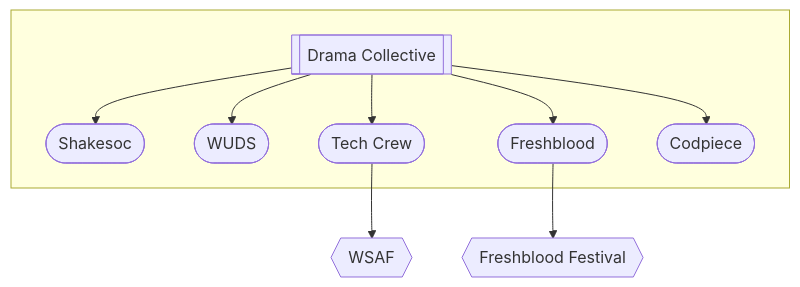
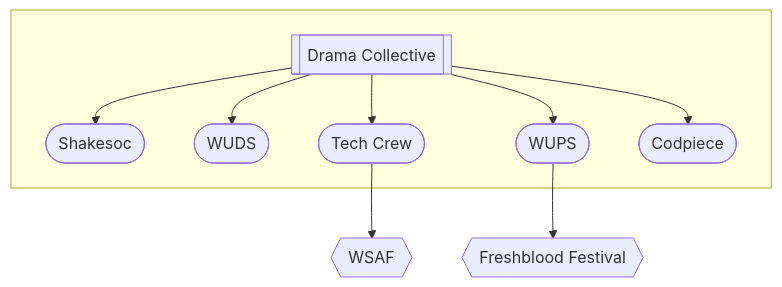
One commit to WarwickTechCrew/tc-website-wiki changed the diagram in wiki/02-warwick-drama/01-drama-collective/index.md. Above: the diagram before and after it, drawn with Mermaid. The commit also changed other lines of this file, not shown here.

````diff
--- a/wiki/02-warwick-drama/01-drama-collective/index.md
+++ b/wiki/02-warwick-drama/01-drama-collective/index.md
@@ -15,13 +15,13 @@
 ```mermaid
 flowchart TD
     DC[[Drama Collective]]
     subgraph " "
         DC --> SS([Shakesoc])
         DC --> WUDS([WUDS])
         DC --> TC([Tech Crew])
-        DC --> FB([Freshblood])
+        DC --> FB([WUPS])
         DC --> CP([Codpiece])
     end
     TC --> WSAF{{WSAF}}
     FB --> FF{{Freshblood Festival}}
 ```
````
